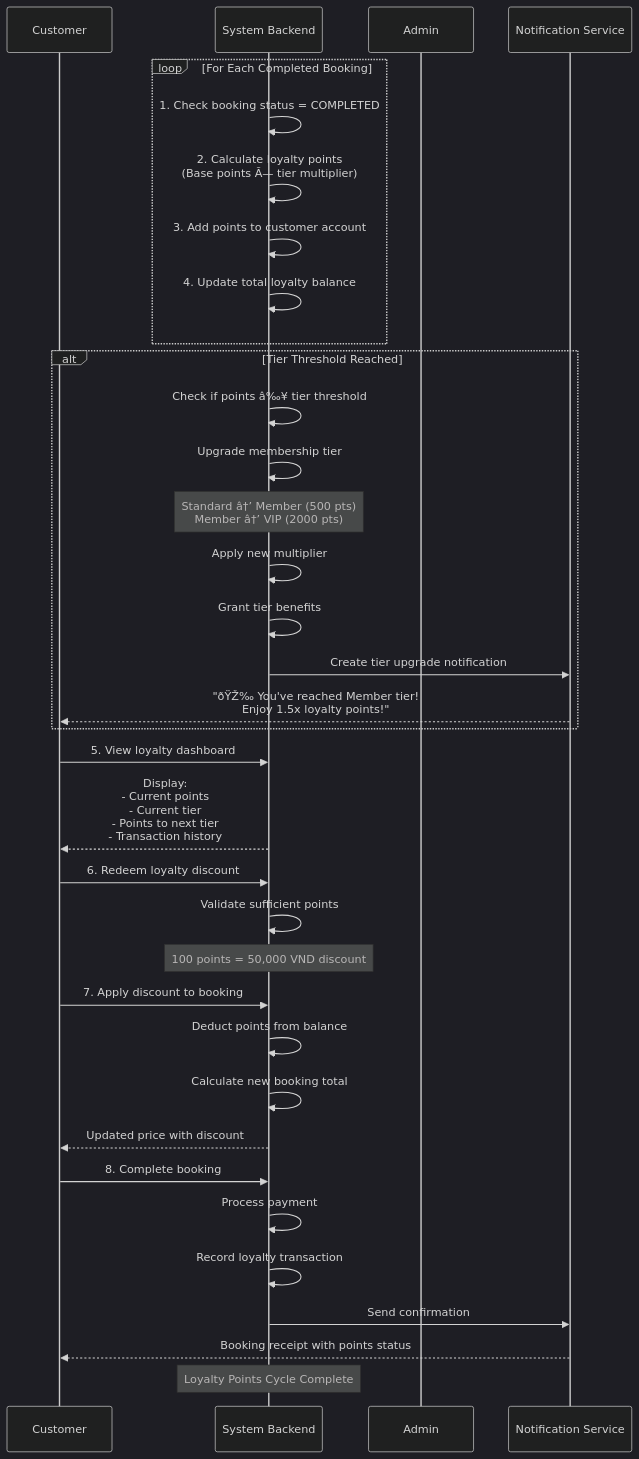
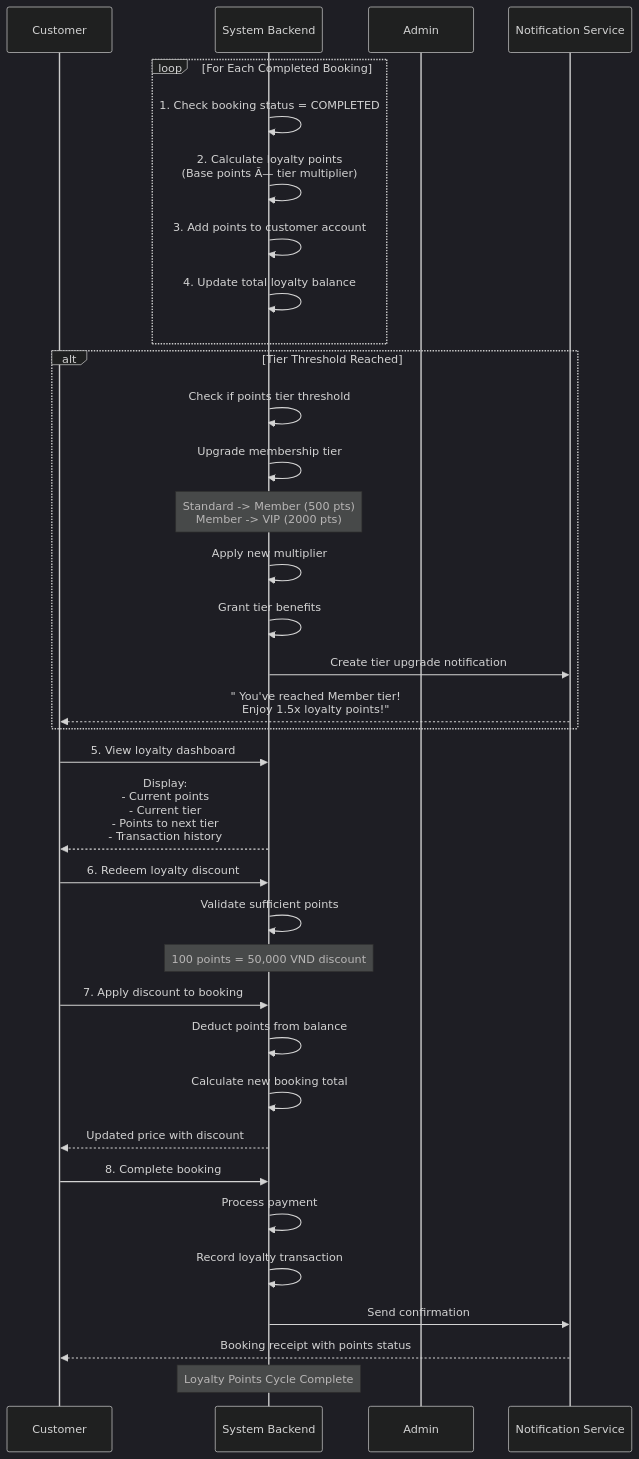
Before and after one commit to nguyenvuanhmy2708-sketch/autowash-pro: the third of 6 diagrams in MAIN_FLOWS.md, drawn with Mermaid (dark theme). The commit also changed other lines of this file, not shown here.

````diff
--- a/MAIN_FLOWS.md
+++ b/MAIN_FLOWS.md
@@ -126,48 +126,48 @@
 ```mermaid
 sequenceDiagram
     participant Customer
     participant System as System Backend
     participant Admin
     participant Notification as Notification Service
     
     loop For Each Completed Booking
         System->>System: 1. Check booking status = COMPLETED
         System->>System: 2. Calculate loyalty points<br/>(Base points Ã— tier multiplier)
         System->>System: 3. Add points to customer account
         System->>System: 4. Update total loyalty balance
     end
     
     alt Tier Threshold Reached
-        System->>System: Check if points â‰¥ tier threshold
+        System->>System: Check if points tier threshold
         
         System->>System: Upgrade membership tier
-        Note over System: Standard â†’ Member (500 pts)<br/>Member â†’ VIP (2000 pts)
+        Note over System: Standard -> Member (500 pts)<br/>Member -> VIP (2000 pts)
         
         System->>System: Apply new multiplier
         System->>System: Grant tier benefits
         
         System->>Notification: Create tier upgrade notification
-        Notification-->>Customer: "ðŸŽ‰ You've reached Member tier!<br/>Enjoy 1.5x loyalty points!"
+        Notification-->>Customer: " You've reached Member tier!<br/>Enjoy 1.5x loyalty points!"
     end
     
     Customer->>System: 5. View loyalty dashboard
     System-->>Customer: Display:<br/>- Current points<br/>- Current tier<br/>- Points to next tier<br/>- Transaction history
     
     Customer->>System: 6. Redeem loyalty discount
     System->>System: Validate sufficient points
     Note over System: 100 points = 50,000 VND discount
     
     Customer->>System: 7. Apply discount to booking
     System->>System: Deduct points from balance
     System->>System: Calculate new booking total
     System-->>Customer: Updated price with discount
     
     Customer->>System: 8. Complete booking
     System->>System: Process payment
     System->>System: Record loyalty transaction
     
     System->>Notification: Send confirmation
     Notification-->>Customer: Booking receipt with points status
     
     Note over System: Loyalty Points Cycle Complete
 ```
````
